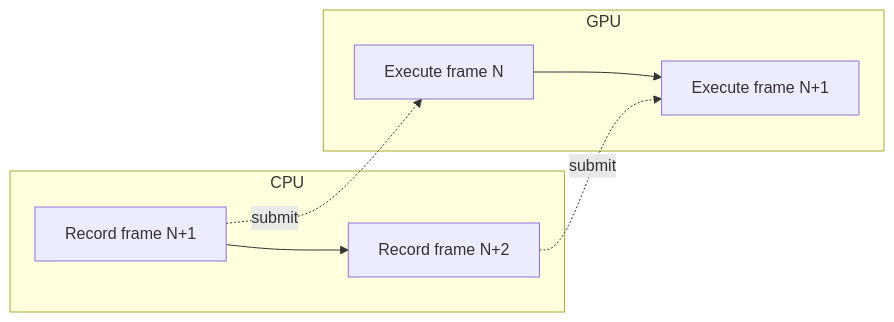
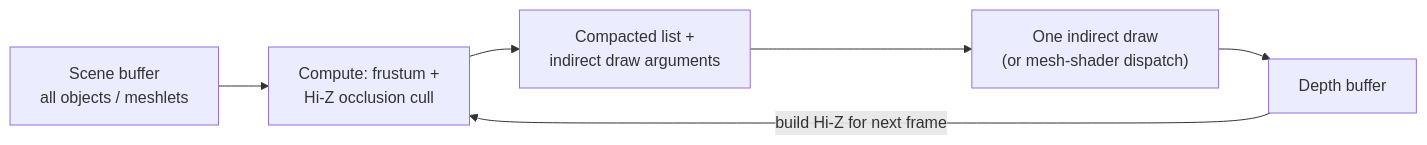
The fourth of 5 diagrams in github-pages/docs/optimization/gpu-optimization.md (AndrewAltimit/Documentation), drawn with Mermaid before and after one commit. The commit also changed other lines of this file and 240 other files, not shown here.

````diff
--- a/github-pages/docs/optimization/gpu-optimization.md
+++ b/github-pages/docs/optimization/gpu-optimization.md
@@ -288,11 +320,8 @@
 ```mermaid
 flowchart LR
-    subgraph CPU
-      A["Record frame N+1"] --> B["Record frame N+2"]
-    end
-    subgraph GPU
-      C["Execute frame N"] --> D["Execute frame N+1"]
-    end
-    A -. submit .-> C
-    B -. submit .-> D
+    A["Scene buffer<br/>all objects / meshlets"] --> B["Compute: frustum +<br/>Hi-Z occlusion cull"]
+    B --> C["Compacted list +<br/>indirect draw arguments"]
+    C --> D["One indirect draw<br/>(or mesh-shader dispatch)"]
+    D --> E["Depth buffer"]
+    E -->|"build Hi-Z for next frame"| B
 ```
````
